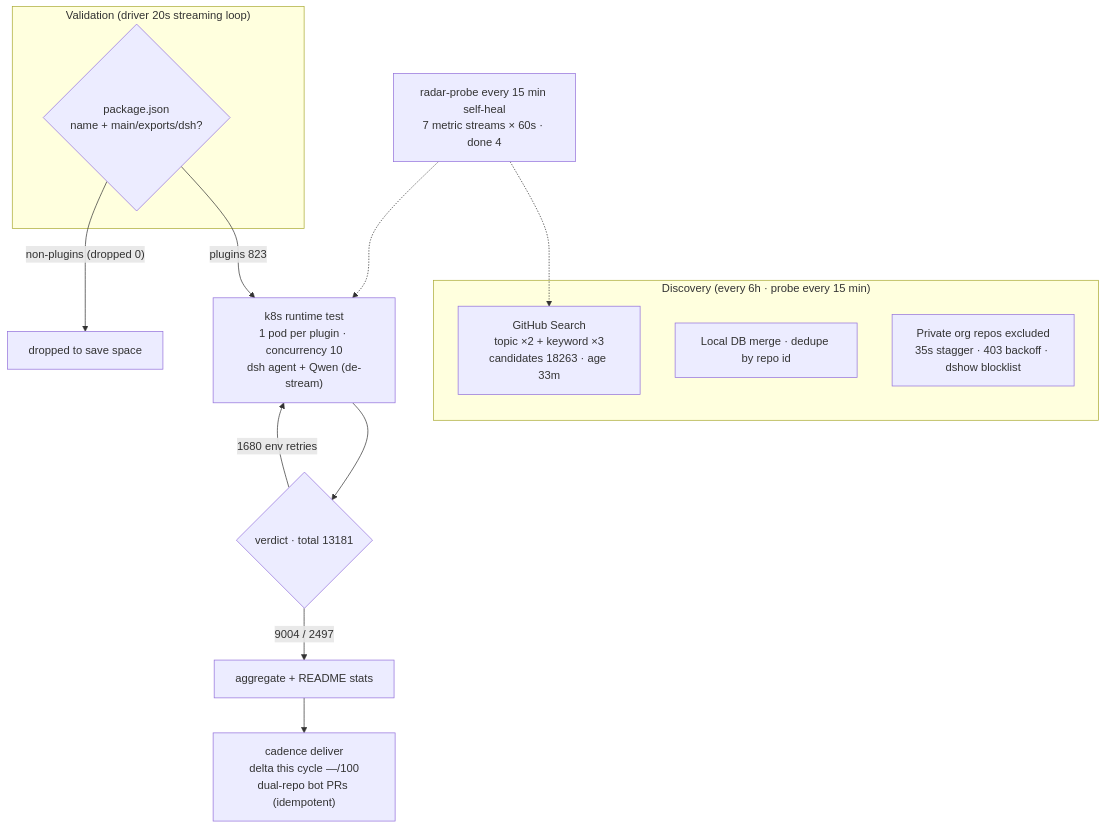
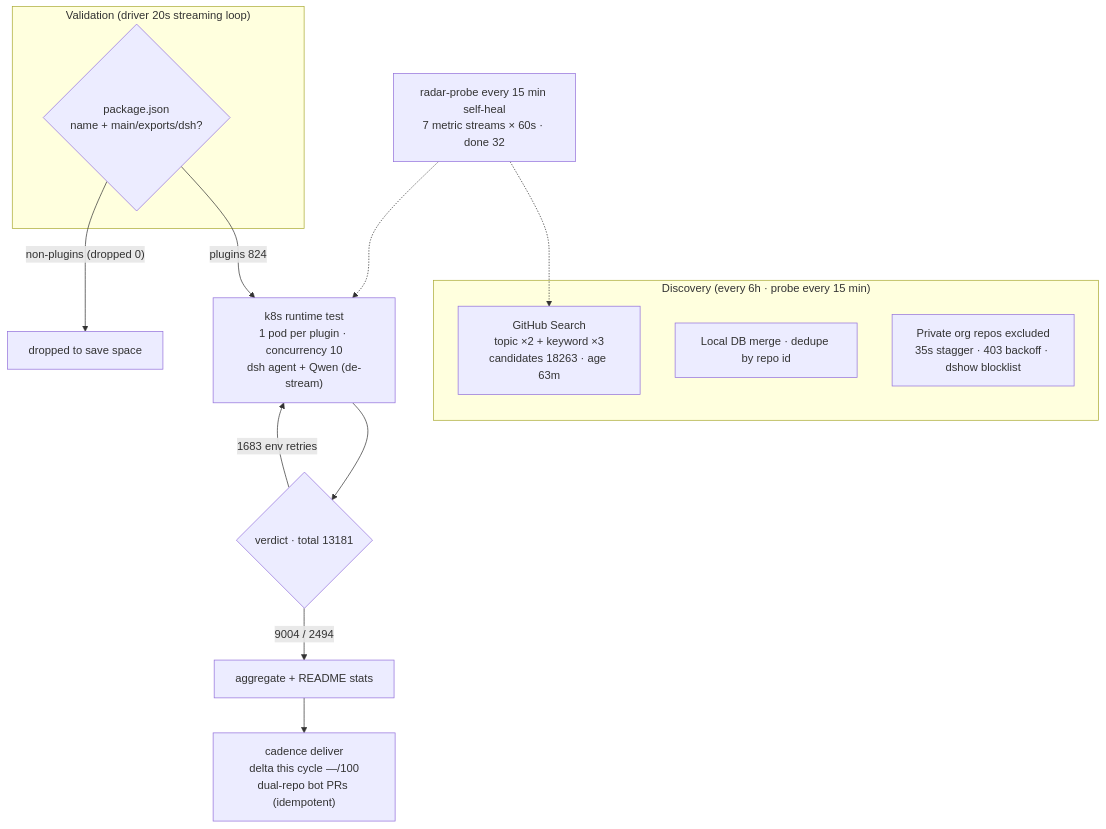
The diagram in README.en-US.md (AdamPlatin123/awesome-dsh-plugins), drawn with Mermaid before and after one commit. The commit also changed other lines of this file and 5 other files, not shown here.

````diff
--- a/README.en-US.md
+++ b/README.en-US.md
@@ -45,20 +45,20 @@
 ```mermaid
 flowchart TB
     subgraph Discovery["Discovery (every 6h · probe every 15 min)"]
-        A1["GitHub Search<br/>topic ×2 + keyword ×3<br/>candidates 18263 · age 33m"]
+        A1["GitHub Search<br/>topic ×2 + keyword ×3<br/>candidates 18263 · age 63m"]
         A2["Local DB merge · dedupe by repo id"]
         A3["Private org repos excluded<br/>35s stagger · 403 backoff · dshow blocklist"]
     end
     subgraph Validation["Validation (driver 20s streaming loop)"]
         B1{"package.json<br/>name + main/exports/dsh?"}
     end
-    B1 -->|"plugins 823"| C1["k8s runtime test<br/>1 pod per plugin · concurrency 10<br/>dsh agent + Qwen (de-stream)"]
+    B1 -->|"plugins 824"| C1["k8s runtime test<br/>1 pod per plugin · concurrency 10<br/>dsh agent + Qwen (de-stream)"]
     B1 -->|"non-plugins (dropped 0)"| B3["dropped to save space"]
     C1 --> D1{"verdict · total 13181"}
-    D1 -->|"9004 / 2497"| E1["aggregate + README stats"]
-    D1 -->|"1680 env retries"| C1
+    D1 -->|"9004 / 2494"| E1["aggregate + README stats"]
+    D1 -->|"1683 env retries"| C1
     E1 --> E2["cadence deliver<br/>delta this cycle —/100<br/>dual-repo bot PRs (idempotent)"]
-    M["radar-probe every 15 min self-heal<br/>7 metric streams × 60s · done 4"]
+    M["radar-probe every 15 min self-heal<br/>7 metric streams × 60s · done 32"]
     M -.-> A1
     M -.-> C1
 ```
````
